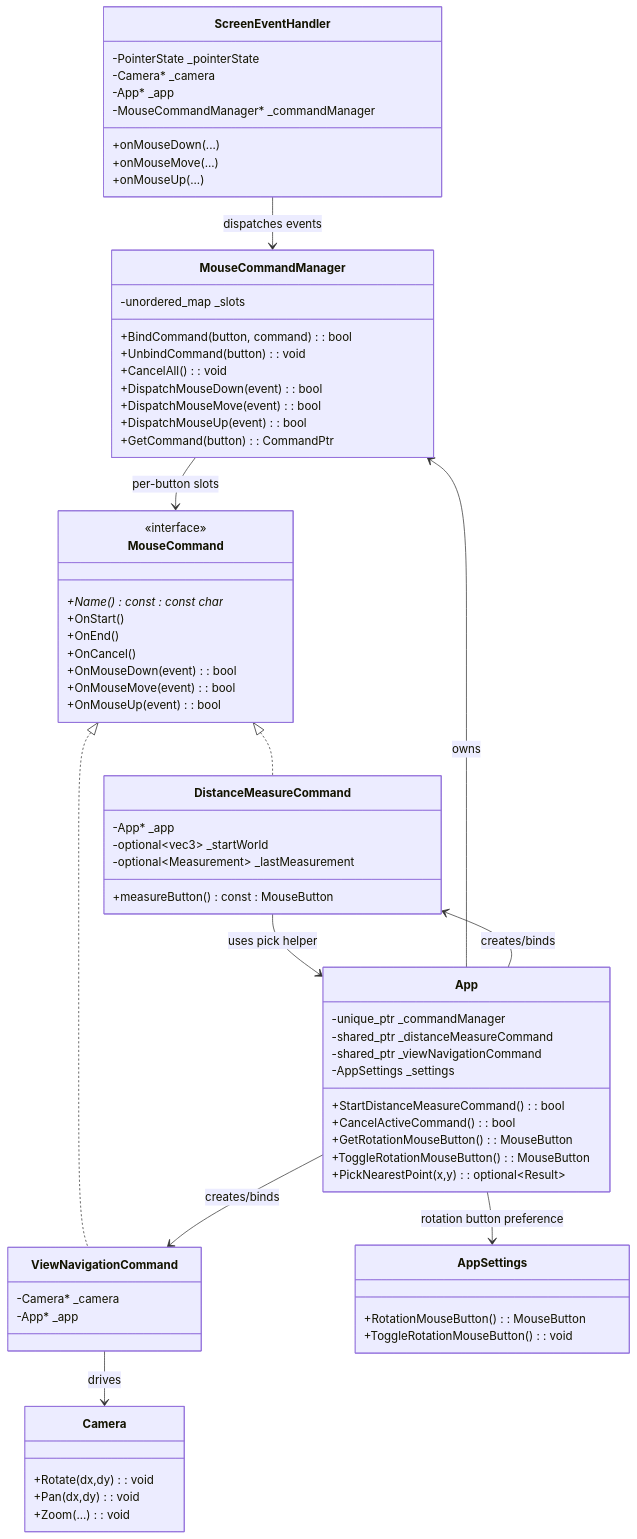
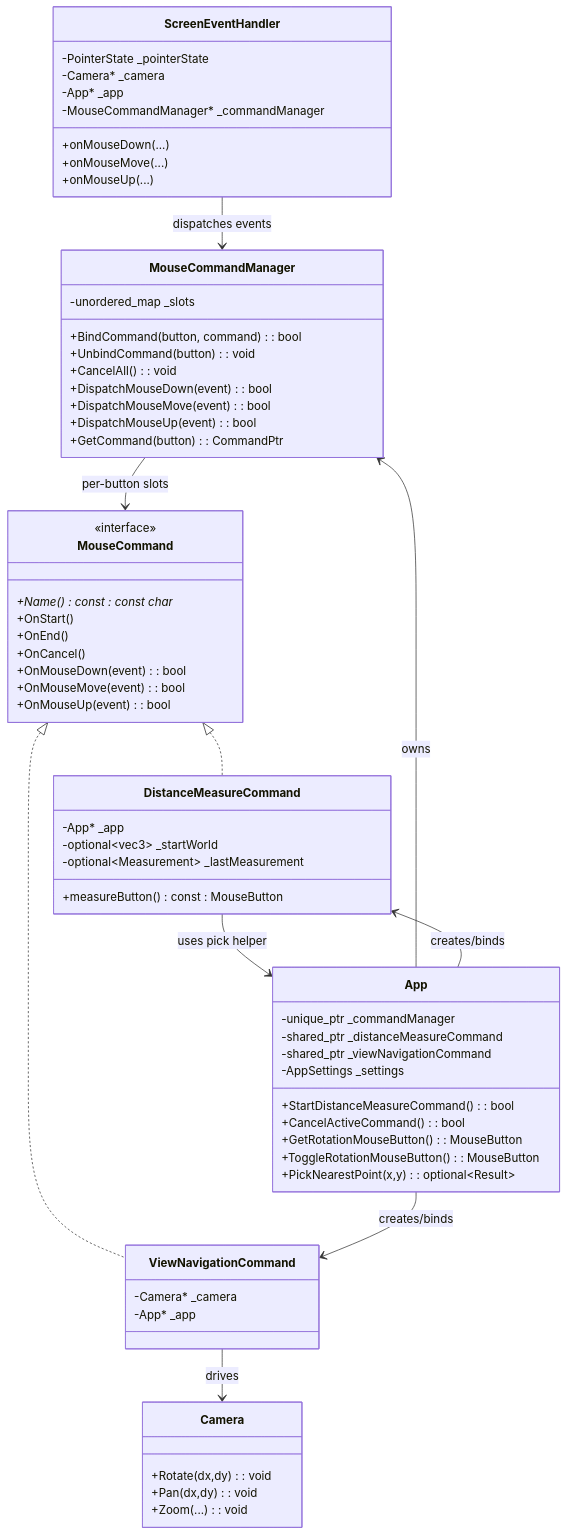
Before and after one commit to vfa-khaidt1/vfa-cdn: the second of 2 diagrams in GraphV3.md, drawn with Mermaid.

Commit message:
Remove AppSettings class and rotation button preference
Removed AppSettings class and its rotation button preference association.

```diff
--- a/GraphV3.md
+++ b/GraphV3.md
@@ -99,11 +99,6 @@
         +Zoom(...): void
     }
 
-    class AppSettings {
-        +RotationMouseButton(): MouseButton
-        +ToggleRotationMouseButton(): void
-    }
-
     MouseCommand <|.. DistanceMeasureCommand
     MouseCommand <|.. ViewNavigationCommand
 
@@ -114,7 +109,6 @@
     App --> MouseCommandManager : owns
     App --> DistanceMeasureCommand : creates/binds
     App --> ViewNavigationCommand : creates/binds
-    App --> AppSettings : rotation button preference
     ViewNavigationCommand --> Camera : drives
     DistanceMeasureCommand --> App : uses pick helper
 
```
